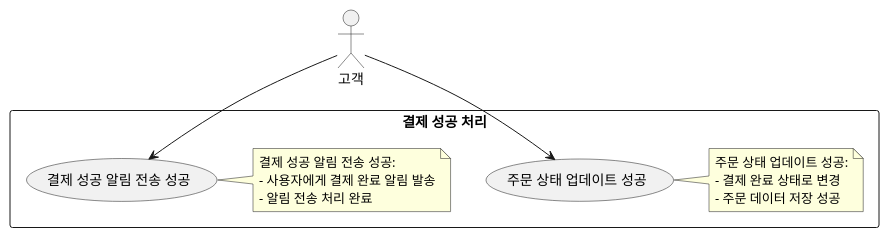
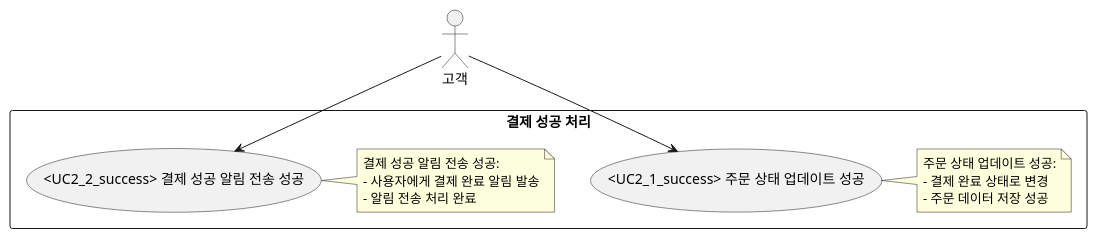
Before and after one commit to f-lab-edu/mini-mart: the diagram in docs/uml/payment/uc2_success.puml, drawn with PlantUML. The commit also changed 55 other files, not shown here.

```diff
--- a/docs/uml/payment/uc2_success.puml
+++ b/docs/uml/payment/uc2_success.puml
@@ -1,22 +1,22 @@
 @startuml
 actor "고객" as Customer
 
 rectangle "결제 성공 처리" {
-  usecase "주문 상태 업데이트 성공" as UC2_1_success
+  usecase "<UC2_1_success> 주문 상태 업데이트 성공" as UC2_1_success
   note right
   주문 상태 업데이트 성공:
   - 결제 완료 상태로 변경
   - 주문 데이터 저장 성공
   end note
 
-  usecase "결제 성공 알림 전송 성공" as UC2_2_success
+  usecase "<UC2_2_success> 결제 성공 알림 전송 성공" as UC2_2_success
   note right
   결제 성공 알림 전송 성공:
   - 사용자에게 결제 완료 알림 발송
   - 알림 전송 처리 완료
   end note
 }
 
 Customer --> UC2_1_success
 Customer --> UC2_2_success
 @enduml
```
